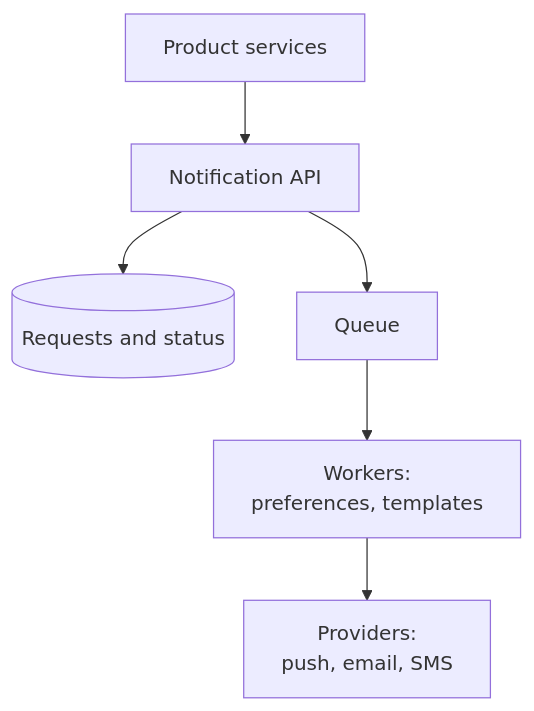
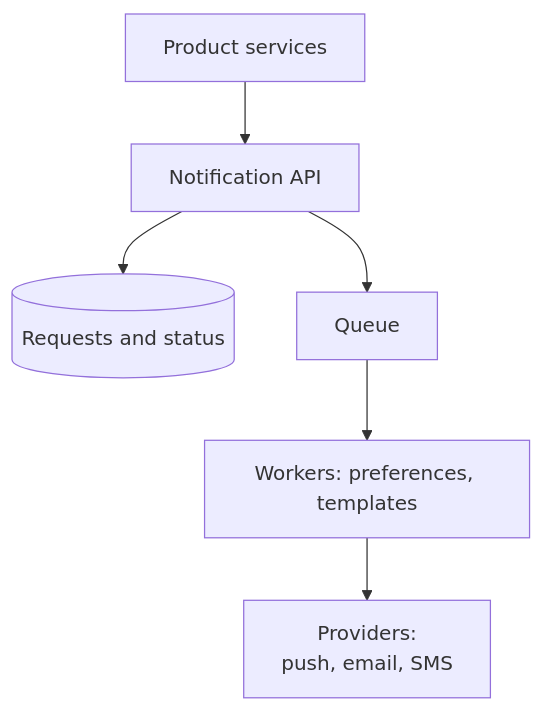
Before and after one commit to gitussr/systemly: the second of 6 diagrams in content/12-case-studies/12.05-notification-system.md, drawn with Mermaid. The commit also changed other lines of this file and 5 other files, not shown here.

First line of the commit message:
Level 12: drop manual line breaks in long diagram labels

````diff
--- a/content/12-case-studies/12.05-notification-system.md
+++ b/content/12-case-studies/12.05-notification-system.md
@@ -222,7 +222,7 @@
 ```mermaid
 flowchart TD
   accTitle: V1 — a queued notification service
   accDescr: Product services send notification requests to the notification API, which stores them and puts them on a queue; workers apply preferences and templates and call the external providers.
   S["Product services"] --> API["Notification API"] --> DB[("Requests and status")]
-  API --> Q["Queue"] --> W["Workers:<br/>preferences, templates"] --> P["Providers:<br/>push, email, SMS"]
+  API --> Q["Queue"] --> W["Workers: preferences, templates"] --> P["Providers:<br/>push, email, SMS"]
 ```
````
